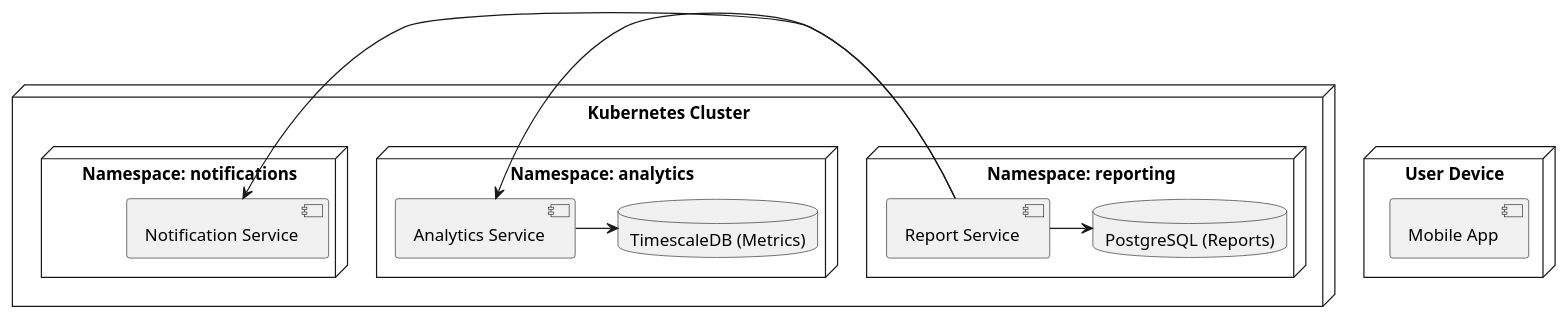
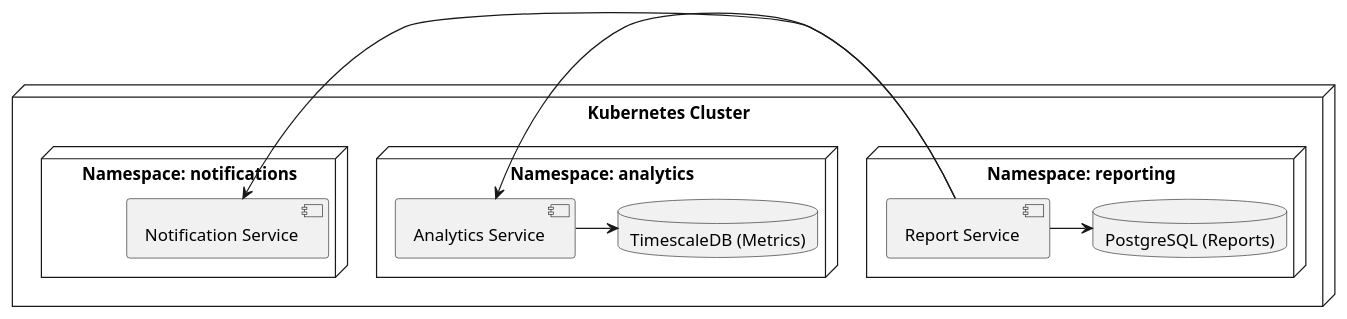
One commit to Mini-max-Maxi-min/projecr-go changed the second of 2 diagrams in lab3/Readme.md. Above: the diagram before and after it, drawn with PlantUML.

````diff
--- a/lab3/Readme.md
+++ b/lab3/Readme.md
@@ -99,30 +99,28 @@
 ```plantuml
 @startuml
-node "User Device" {
-  component "Mobile App"
-}
+
 
 node "Kubernetes Cluster" {
 
   node "Namespace: reporting" {
     component "Report Service" as RS
     database "PostgreSQL (Reports)" as RDB
   }
 
   node "Namespace: analytics" {
     component "Analytics Service" as AS
     database "TimescaleDB (Metrics)" as ADB
   }
 
   node "Namespace: notifications" {
     component "Notification Service" as NS
   }
 
 }
 
 RS -> RDB
 AS -> ADB
 RS -> AS
 RS -> NS
 @enduml
 ```
````
